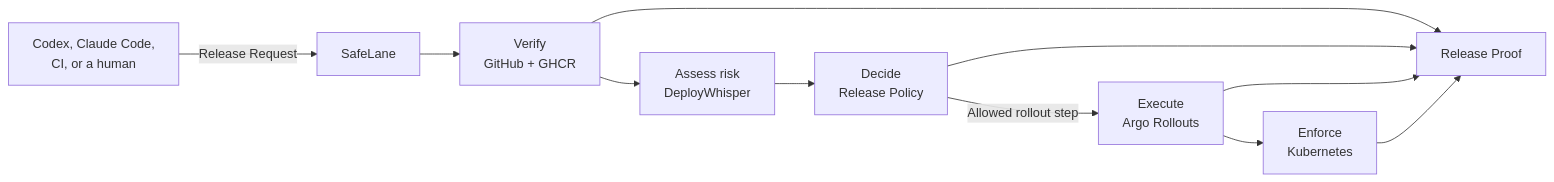
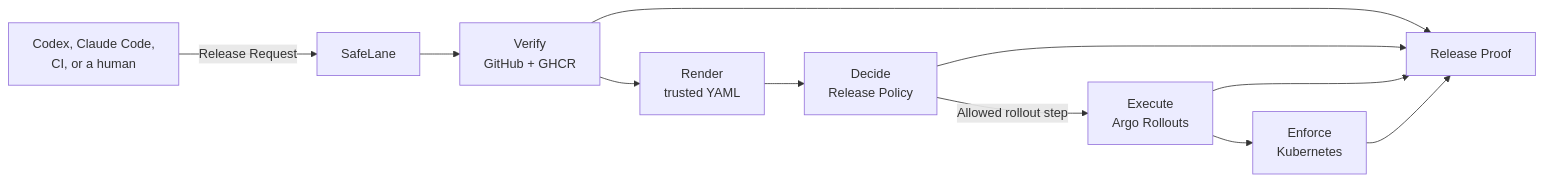
Before and after one commit to AndrewMaged814/safelane: the diagram in README.md, drawn with Mermaid. The commit also changed other lines of this file and 31 other files, not shown here.

````diff
--- a/README.md
+++ b/README.md
@@ -38,13 +38,13 @@
 ```mermaid
 flowchart LR
     A["Codex, Claude Code,<br/>CI, or a human"] -->|"Release Request"| B["SafeLane"]
     B --> C["Verify<br/>GitHub + GHCR"]
-    C --> D["Assess risk<br/>DeployWhisper"]
+    C --> D["Render<br/>trusted YAML"]
     D --> E["Decide<br/>Release Policy"]
     E -->|"Allowed rollout step"| F["Execute<br/>Argo Rollouts"]
     F --> G["Enforce<br/>Kubernetes"]
     C --> H["Release Proof"]
     E --> H
     F --> H
     G --> H
 ```
````
